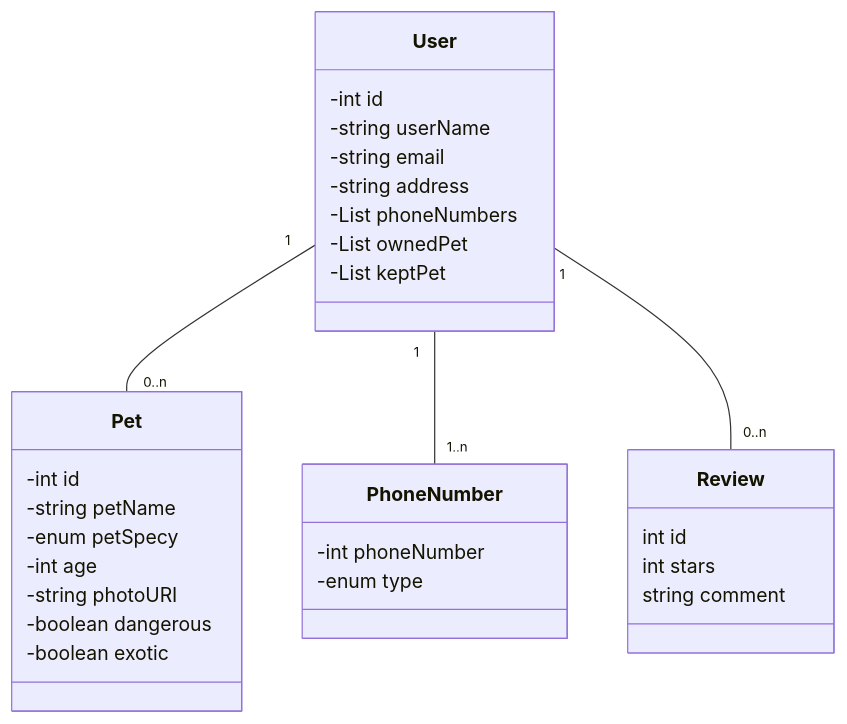
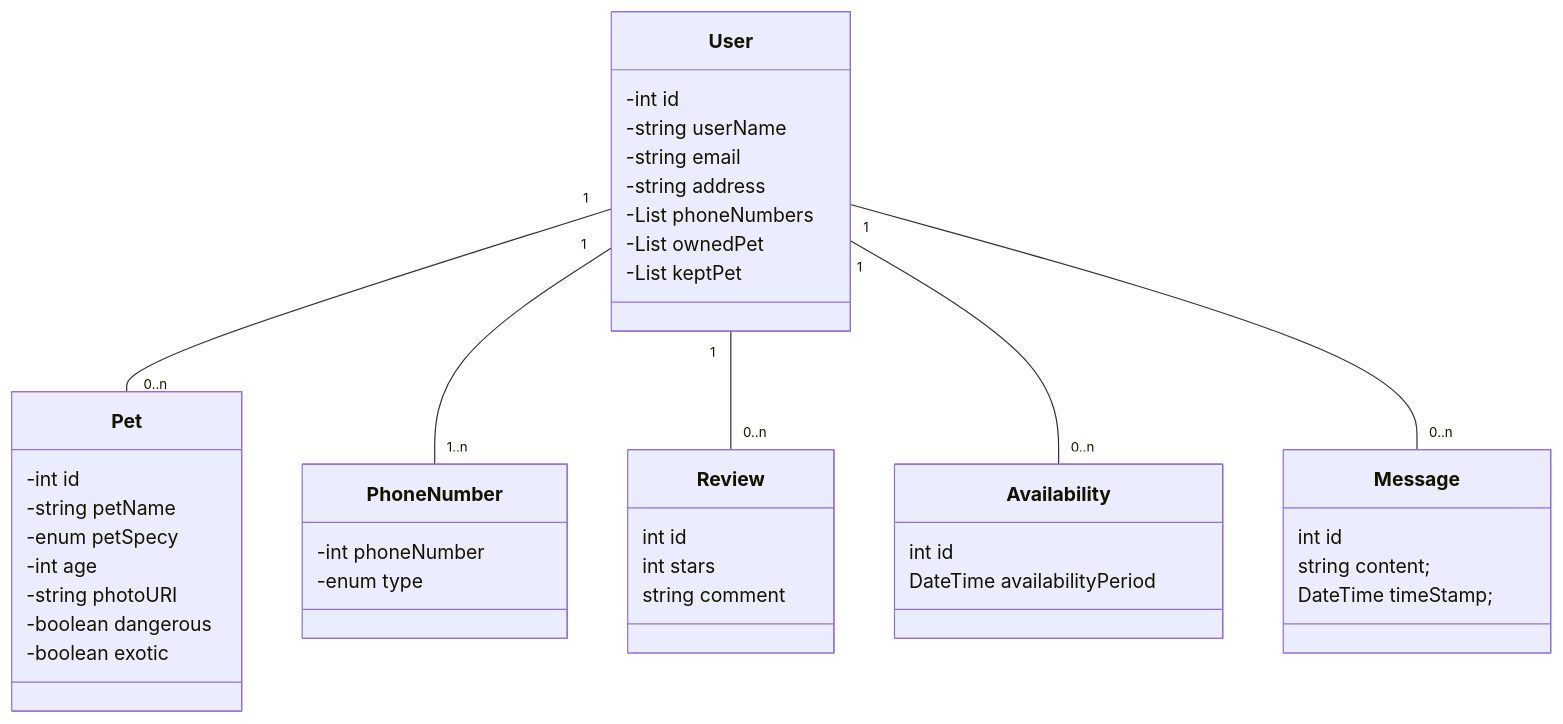
The diagram in README.md (bryan-jose-valdiviezo/sit-a-pup), drawn with Mermaid before and after one commit.

````diff
--- a/README.md
+++ b/README.md
@@ -5,33 +5,44 @@
 ```mermaid
  classDiagram
       User "1" -- "0..n" Pet
       User "1" -- "1..n" PhoneNumber
       User "1" -- "0..n" Review
+      User "1" -- "0..n" Availability
+      User "1" -- "0..n" Message
       class User {
             -int id
             -string userName
             -string email
             -string address
             -List<PhoneNumber> phoneNumbers
             -List<Pet> ownedPet
             -List<Pet> keptPet
       }
       class PhoneNumber {
             -int phoneNumber
             -enum type
       }
       class Pet {
 		-int id
 		-string petName
 		-enum petSpecy
             -int age
             -string photoURI
             -boolean dangerous
             -boolean exotic
 	}
       class Review {
             int id
             int stars
             string comment
       }
+      class Availability {
+            int id
+            DateTime availabilityPeriod 
+      }
+      class Message {
+            int id
+            string content;
+            DateTime timeStamp;
+      }
 ```
````
